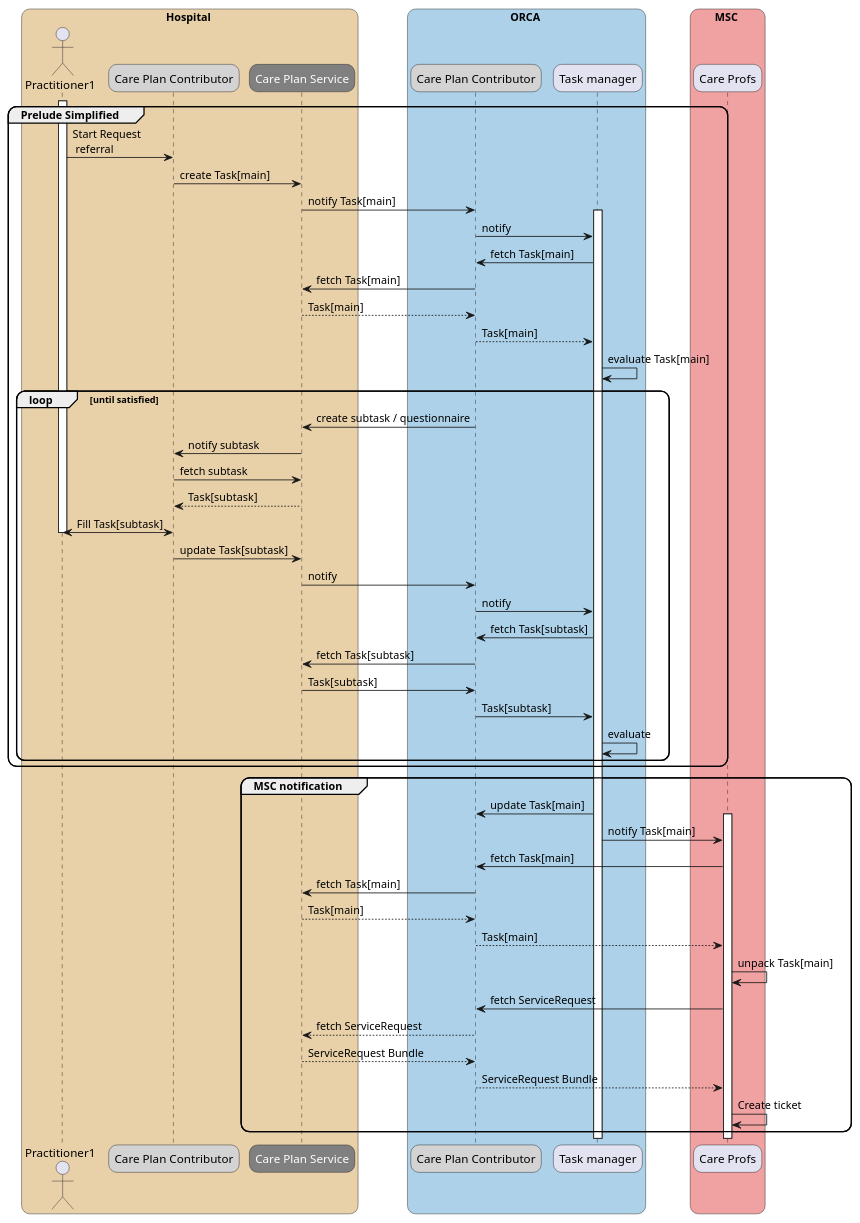
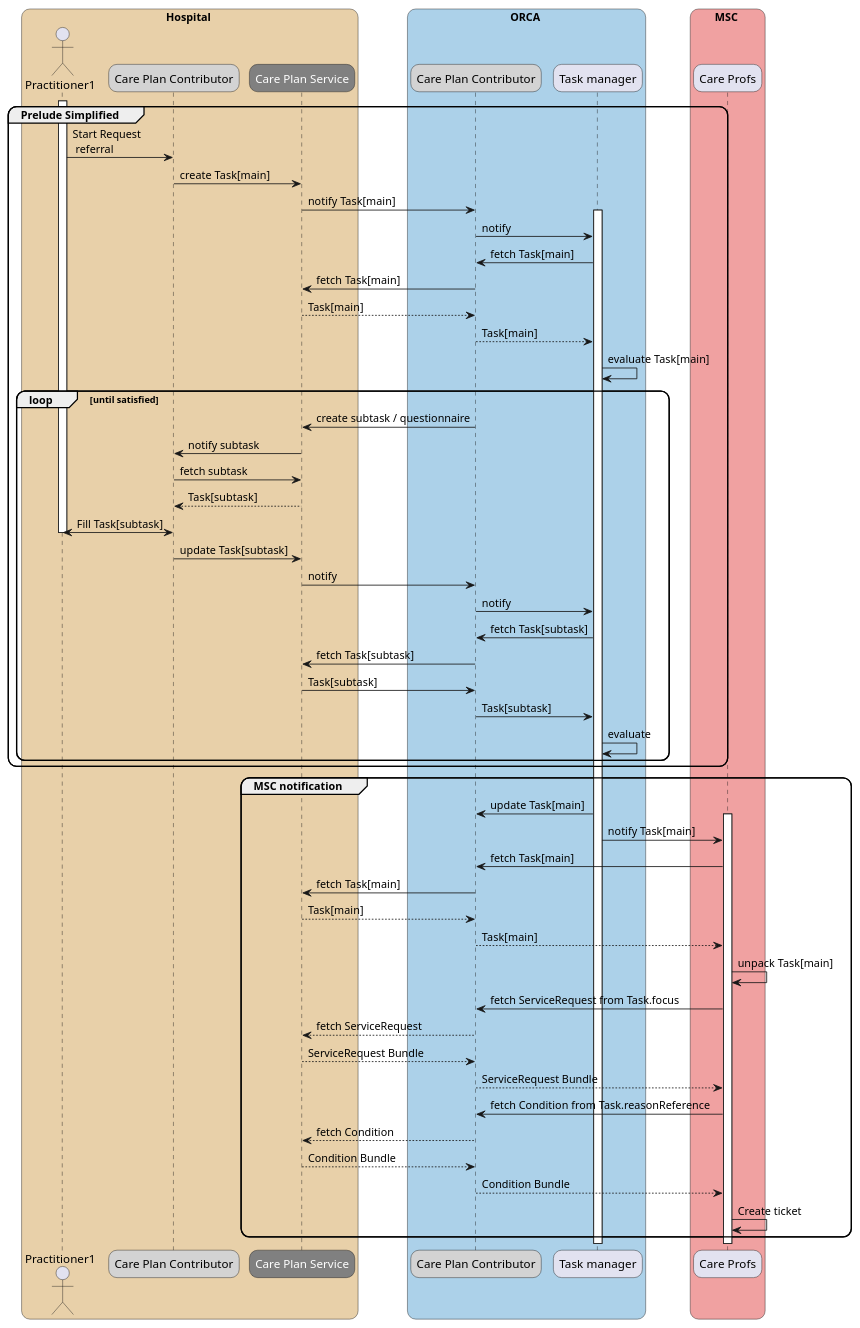
The diagram in docs/msc/msc notification.plantuml (SanteonNL/orca), drawn with PlantUML before and after one commit.

Commit message:
Update sequence diagram with Condition fetching steps
Extended the sequence diagram to include fetching Condition from Task.reasonReference. This ensures the related conditions are retrieved and bundled along with the ServiceRequest. Improves the clarity and completeness of the process flow in the documentation.

```diff
--- a/docs/msc/msc notification.plantuml
+++ b/docs/msc/msc notification.plantuml
@@ -1,65 +1,69 @@
 @startuml usecase-enrollment
 
 skinparam roundcorner 20
 skinparam defaultFontName Arial
 
 box Hospital #e8d0a9
     actor Practitioner1 as Practitioner1
     participant "Care Plan Contributor" as CPC1 #LightGray
     participant "<font color=white>Care Plan Service" as CPS #Gray
 end box
 
 box ORCA #acd1e9
     participant "Care Plan Contributor" as CPC2 #LightGray
     participant "Task manager" as manager
 end box
 
 box MSC #f0a1a1
     participant "Care Profs" as careprofs
 end box
 
 group Prelude Simplified
 activate Practitioner1
 Practitioner1 -> CPC1 : Start Request\n referral
 CPC1 -> CPS: create Task[main]
 CPS -> CPC2: notify Task[main]
 activate manager
 CPC2 -> manager: notify
 manager -> CPC2: fetch Task[main]
 CPC2 -> CPS: fetch Task[main]
 CPS --> CPC2: Task[main]
 CPC2 --> manager: Task[main]
 manager -> manager: evaluate Task[main]
 loop until satisfied
     CPC2 -> CPS: create subtask / questionnaire
     CPS -> CPC1: notify subtask
     CPC1 -> CPS: fetch subtask
     CPS --> CPC1: Task[subtask]
     CPC1 <-> Practitioner1: Fill Task[subtask]
     deactivate Practitioner1
     CPC1 -> CPS: update Task[subtask]
     CPS -> CPC2: notify
     CPC2 -> manager: notify
     manager ->  CPC2: fetch Task[subtask]
     CPC2 -> CPS: fetch Task[subtask]
     CPS -> CPC2: Task[subtask]
     CPC2 -> manager: Task[subtask]
     manager -> manager: evaluate
 end loop
 end group
 group MSC notification
 manager -> CPC2: update Task[main]
 activate careprofs
 manager -> careprofs: notify Task[main]
 careprofs -> CPC2: fetch Task[main]
 CPC2 -> CPS: fetch Task[main]
 CPS --> CPC2: Task[main]
 CPC2 --> careprofs: Task[main]
 careprofs -> careprofs: unpack Task[main]
-careprofs -> CPC2: fetch ServiceRequest
+careprofs -> CPC2: fetch ServiceRequest from Task.focus
 CPC2 --> CPS: fetch ServiceRequest
 CPS --> CPC2: ServiceRequest Bundle
 CPC2 --> careprofs: ServiceRequest Bundle
+careprofs -> CPC2: fetch Condition from Task.reasonReference
+CPC2 --> CPS: fetch Condition
+CPS --> CPC2: Condition Bundle
+CPC2 --> careprofs: Condition Bundle
 careprofs -> careprofs: Create ticket
 end group
 @enduml
```
